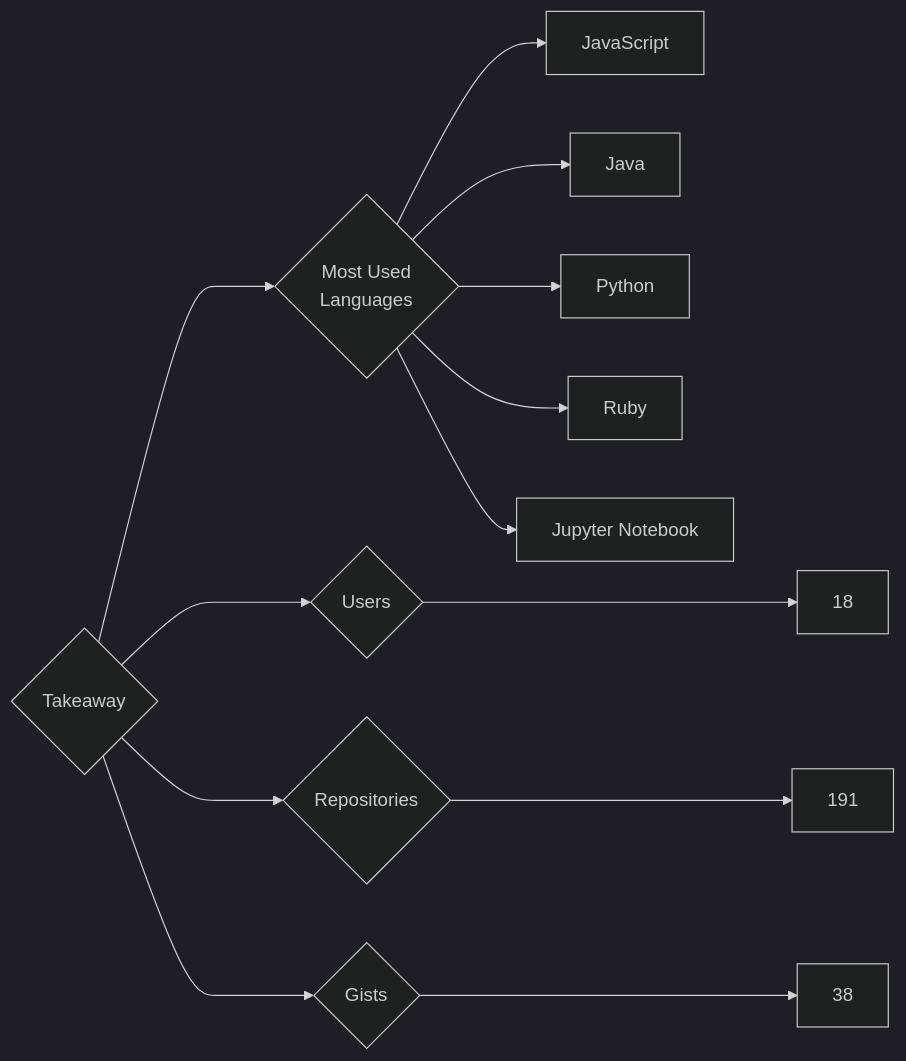
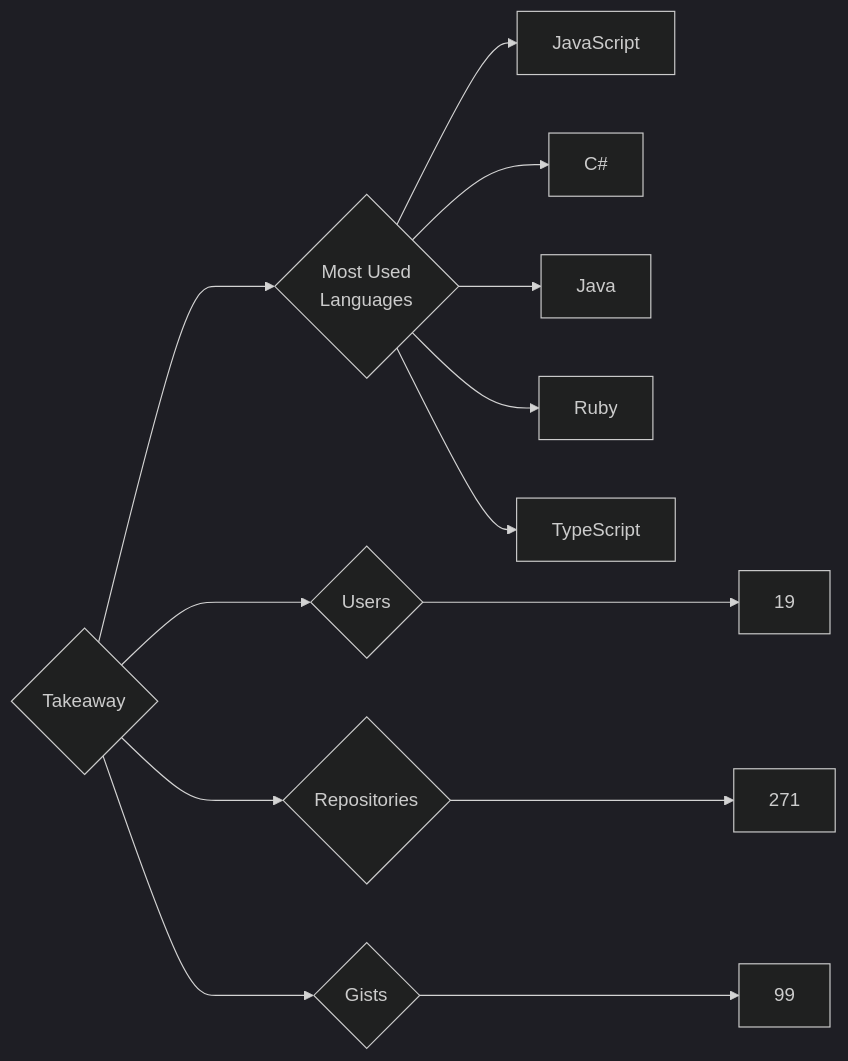
Before and after one commit to trickest/insiders: the diagram in targets/Takeaway/README.md, drawn with Mermaid (dark theme). The commit also changed 794 other files, not shown here.

````diff
--- a/targets/Takeaway/README.md
+++ b/targets/Takeaway/README.md
@@ -3,13 +3,13 @@
 ```mermaid
 graph LR
 COMPANY_NAME{Takeaway}
-COMPANY_NAME ---> U{Users} ---> UN[18]
-COMPANY_NAME ---> R{Repositories} ---> RN[191]
-COMPANY_NAME ---> G{Gists} ---> GN[38]
+COMPANY_NAME ---> U{Users} ---> UN[19]
+COMPANY_NAME ---> R{Repositories} ---> RN[271]
+COMPANY_NAME ---> G{Gists} ---> GN[99]
 COMPANY_NAME ---> ML{Most Used<br>Languages}
 ML --> JavaScript[JavaScript]
+ML --> C#[C#]
 ML --> Java[Java]
-ML --> Python[Python]
 ML --> Ruby[Ruby]
-ML --> Jupyter_Notebook[Jupyter Notebook]
+ML --> TypeScript[TypeScript]
 ```
````
